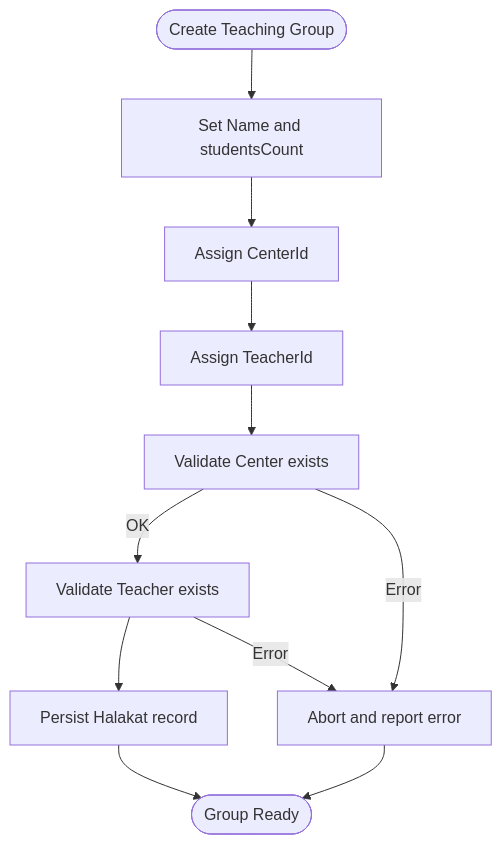
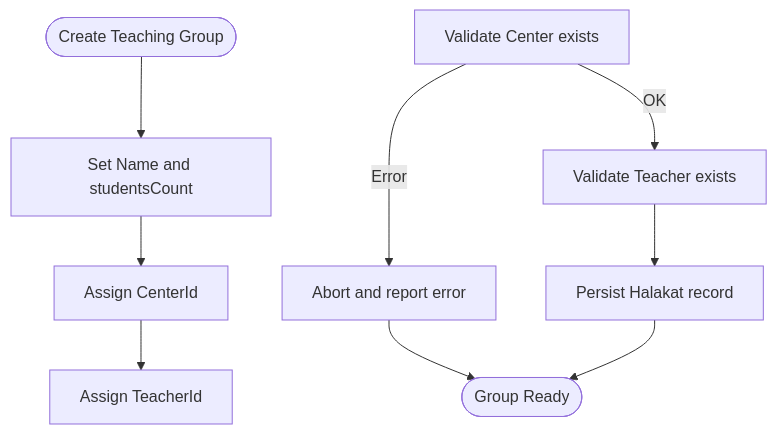
Before and after one commit to Mreng78/khirocom_project: the fourth of 7 diagrams in .qoder/repowiki/en/content/Feature Modules/Center Administration.md, drawn with Mermaid. The commit also changed other lines of this file and 13 other files, not shown here.

````diff
--- a/.qoder/repowiki/en/content/Feature Modules/Center Administration.md
+++ b/.qoder/repowiki/en/content/Feature Modules/Center Administration.md
@@ -174,13 +276,11 @@
 ```mermaid
 flowchart TD
 Start(["Create Teaching Group"]) --> SetName["Set Name and studentsCount"]
 SetName --> AssignCenter["Assign CenterId"]
 AssignCenter --> AssignTeacher["Assign TeacherId"]
-AssignTeacher --> ValidateCenter["Validate Center exists"]
-ValidateCenter --> |OK| ValidateTeacher["Validate Teacher exists"]
+ValidateCenter["Validate Center exists"] --> |OK| ValidateTeacher["Validate Teacher exists"]
+ValidateCenter --> |Error| Abort["Abort and report error"]
 ValidateTeacher --> Persist["Persist Halakat record"]
-ValidateCenter --> |Error| Abort["Abort and report error"]
-ValidateTeacher --> |Error| Abort
-Persist --> End(["Group Ready"])
-Abort --> End
+Abort --> End(["Group Ready"])
+Persist --> End
 ```
````
